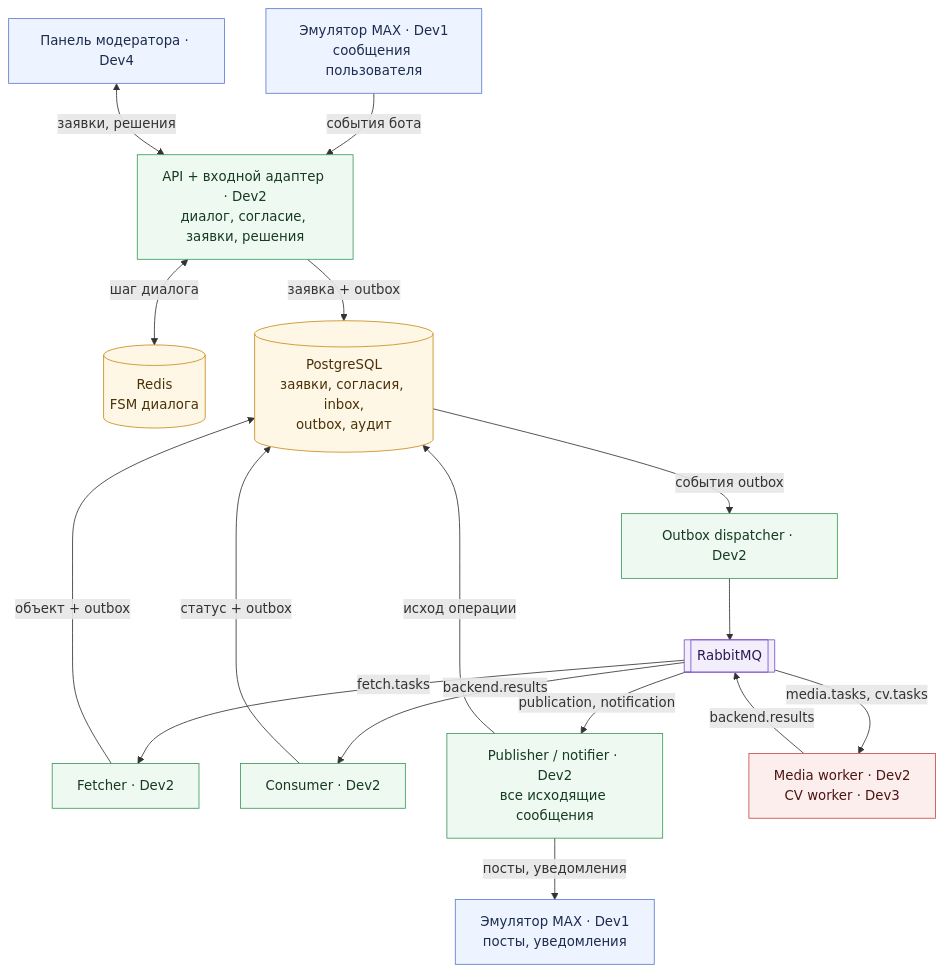
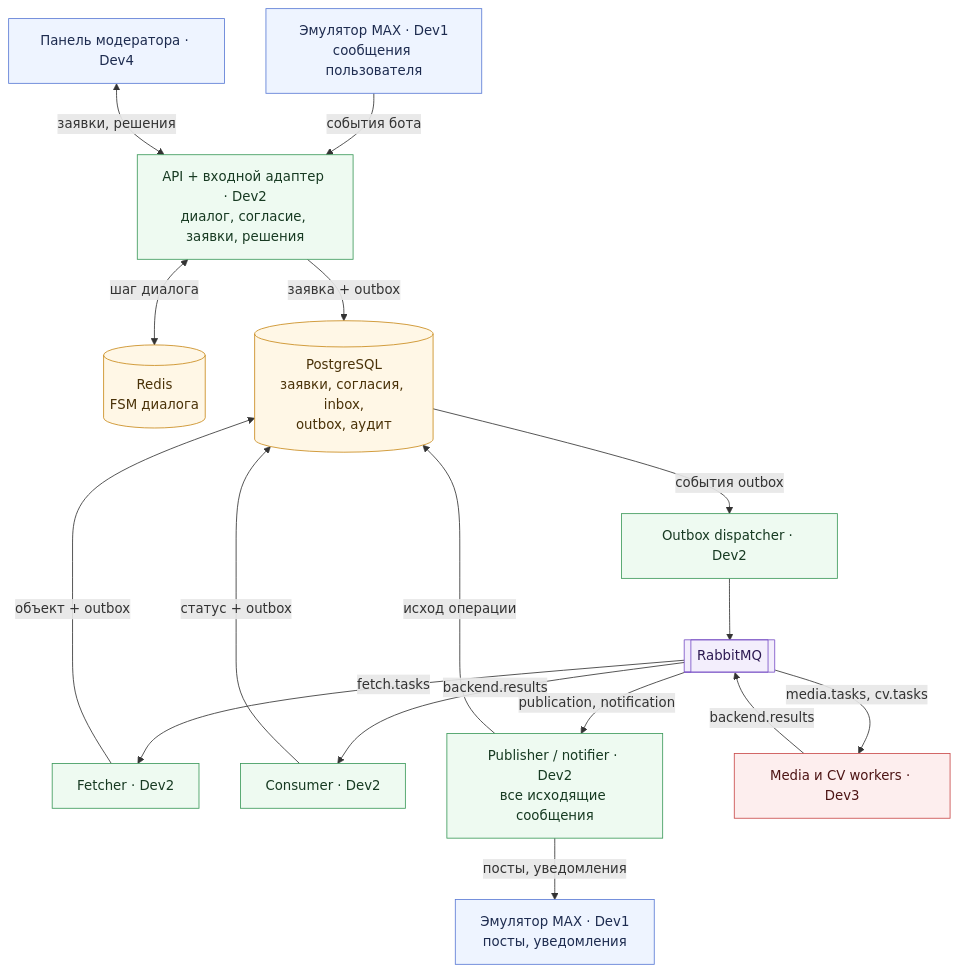
One commit to MIvi-test/vision-shield-bot changed the second of 5 diagrams in docs/mvp.md. Above: the diagram before and after it, drawn with Mermaid. The commit also changed other lines of this file and 18 other files, not shown here.

````diff
--- a/docs/mvp.md
+++ b/docs/mvp.md
@@ -71,45 +75,45 @@
 ```mermaid
 flowchart TB
     EMU_IN["Эмулятор MAX · Dev1<br/>сообщения пользователя"]
     UI["Панель модератора · Dev4"]
 
     API["API + входной адаптер · Dev2<br/>диалог, согласие, заявки, решения"]
     REDIS[("Redis<br/>FSM диалога")]
     PG[("PostgreSQL<br/>заявки, согласия, inbox,<br/>outbox, аудит")]
     OUT["Outbox dispatcher · Dev2"]
     RMQ[["RabbitMQ"]]
 
     FETCH["Fetcher · Dev2"]
     CON["Consumer · Dev2"]
     PUB["Publisher / notifier · Dev2<br/>все исходящие сообщения"]
-    WORK["Media worker · Dev2<br/>CV worker · Dev3"]
+    WORK["Media и CV workers · Dev3"]
 
     EMU_OUT["Эмулятор MAX · Dev1<br/>посты, уведомления"]
 
     EMU_IN -- события бота --> API
     UI <-- заявки, решения --> API
     API <-- шаг диалога --> REDIS
     API -- заявка + outbox --> PG
     PG -- события outbox --> OUT
     OUT --> RMQ
     RMQ -- fetch.tasks --> FETCH
     RMQ -- media.tasks, cv.tasks --> WORK
     WORK -- backend.results --> RMQ
     RMQ -- backend.results --> CON
     RMQ -- publication, notification --> PUB
     FETCH -- объект + outbox --> PG
     CON -- статус + outbox --> PG
     PUB -- исход операции --> PG
     PUB -- посты, уведомления --> EMU_OUT
 
     classDef ext fill:#eef4ff,stroke:#5b7bd5,color:#1d2b4f
     classDef be fill:#eefaf1,stroke:#3d9a5b,color:#173a22
     classDef data fill:#fff7e6,stroke:#c98a1b,color:#4a3208
     classDef proc fill:#fdeeee,stroke:#c94b4b,color:#4d1515
     classDef mq fill:#f3eefc,stroke:#7a52c7,color:#2d1a52
     class EMU_IN,EMU_OUT,UI ext
     class API,OUT,FETCH,CON,PUB be
     class REDIS,PG data
     class WORK proc
     class RMQ mq
 ```
````
